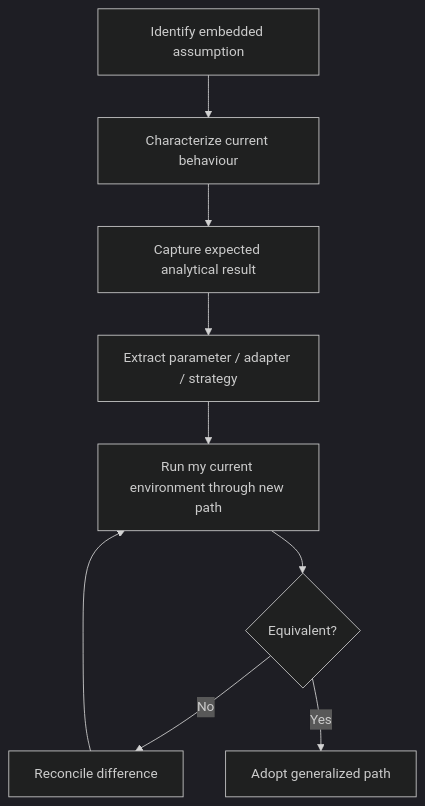
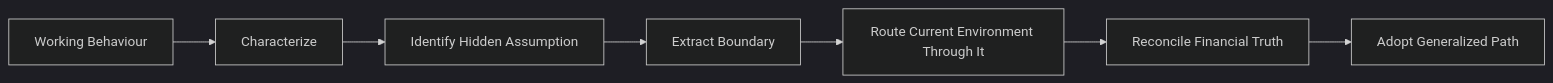
The diagram in docs/about/roadmap.md (tks18/personal-finance-etl), drawn with Mermaid (dark theme) before and after one commit. The commit also changed other lines of this file and 2 other files, not shown here.

````diff
--- a/docs/about/roadmap.md
+++ b/docs/about/roadmap.md
@@ -585,11 +39,9 @@
 ```mermaid
-flowchart TB
-    FIND["Identify embedded assumption"] --> CHAR["Characterize current behaviour"]
-    CHAR --> TEST["Capture expected analytical result"]
-    TEST --> EXTRACT["Extract parameter / adapter / strategy"]
-    EXTRACT --> RUN["Run my current environment through new path"]
-    RUN --> COMP{"Equivalent?"}
-    COMP -->|"No"| FIX["Reconcile difference"]
-    FIX --> RUN
-    COMP -->|"Yes"| LOCK["Adopt generalized path"]
+flowchart LR
+    PROD["Working Behaviour"] --> OBS["Characterize"]
+    OBS --> ASSUME["Identify Hidden Assumption"]
+    ASSUME --> BOUND["Extract Boundary"]
+    BOUND --> ROUTE["Route Current Environment Through It"]
+    ROUTE --> REC["Reconcile Financial Truth"]
+    REC --> ADOPT["Adopt Generalized Path"]
 ```
````
